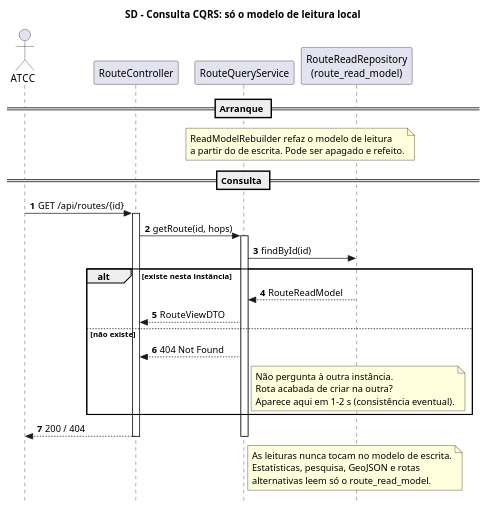
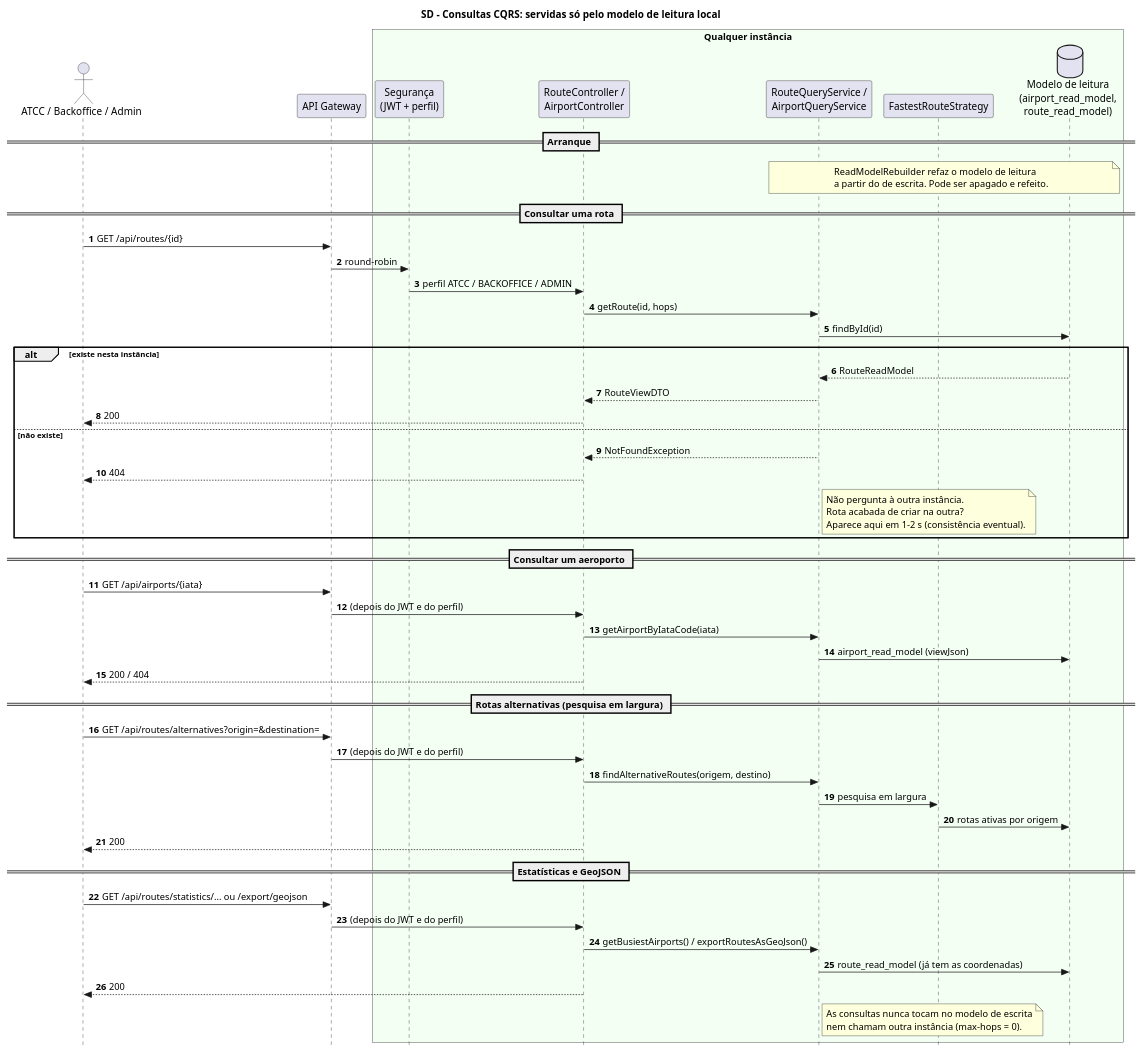
Before and after one commit to anamartasilvaa/SIDIG_AI_Safe: the diagram in Services/Airport e Routes/airports-routes-service/docs/E2/sd-cqrs-query-read-model.puml, drawn with PlantUML. The commit also changed 16 other files, not shown here.

```diff
--- a/Services/Airport e Routes/airports-routes-service/docs/E2/sd-cqrs-query-read-model.puml
+++ b/Services/Airport e Routes/airports-routes-service/docs/E2/sd-cqrs-query-read-model.puml
@@ -1,43 +1,68 @@
 @startuml sd-cqrs-query-read-model
 skinparam style strictuml
 autonumber
-title SD - Consulta CQRS: só o modelo de leitura local
+title SD - Consultas CQRS: servidas só pelo modelo de leitura local
 
-actor "ATCC" as User
-participant "RouteController" as Ctrl
-participant "RouteQueryService" as Query
-participant "RouteReadRepository\n(route_read_model)" as RM
+actor "ATCC / Backoffice / Admin" as User
+participant "API Gateway" as GW
+box "Qualquer instância" #F4FFF4
+participant "Segurança\n(JWT + perfil)" as Sec
+participant "RouteController /\nAirportController" as Ctrl
+participant "RouteQueryService /\nAirportQueryService" as Query
+participant "FastestRouteStrategy" as BFS
+database "Modelo de leitura\n(airport_read_model,\nroute_read_model)" as RM
+end box
 
 == Arranque ==
 note over Query, RM
   ReadModelRebuilder refaz o modelo de leitura
   a partir do de escrita. Pode ser apagado e refeito.
 end note
 
-== Consulta ==
-User -> Ctrl : GET /api/routes/{id}
-activate Ctrl
+== Consultar uma rota ==
+User -> GW : GET /api/routes/{id}
+GW -> Sec : round-robin
+Sec -> Ctrl : perfil ATCC / BACKOFFICE / ADMIN
 Ctrl -> Query : getRoute(id, hops)
-activate Query
 Query -> RM : findById(id)
 alt existe nesta instância
-    RM --> Query : RouteReadModel
-    Query --> Ctrl : RouteViewDTO
+  RM --> Query : RouteReadModel
+  Query --> Ctrl : RouteViewDTO
+  Ctrl --> User : 200
 else não existe
-    Query --> Ctrl : 404 Not Found
-    note right of Query
-      Não pergunta à outra instância.
-      Rota acabada de criar na outra?
-      Aparece aqui em 1-2 s (consistência eventual).
-    end note
+  Query --> Ctrl : NotFoundException
+  Ctrl --> User : 404
+  note right of Query
+    Não pergunta à outra instância.
+    Rota acabada de criar na outra?
+    Aparece aqui em 1-2 s (consistência eventual).
+  end note
 end
+
+== Consultar um aeroporto ==
+User -> GW : GET /api/airports/{iata}
+GW -> Ctrl : (depois do JWT e do perfil)
+Ctrl -> Query : getAirportByIataCode(iata)
+Query -> RM : airport_read_model (viewJson)
 Ctrl --> User : 200 / 404
-deactivate Query
-deactivate Ctrl
+
+== Rotas alternativas (pesquisa em largura) ==
+User -> GW : GET /api/routes/alternatives?origin=&destination=
+GW -> Ctrl : (depois do JWT e do perfil)
+Ctrl -> Query : findAlternativeRoutes(origem, destino)
+Query -> BFS : pesquisa em largura
+BFS -> RM : rotas ativas por origem
+Ctrl --> User : 200
+
+== Estatísticas e GeoJSON ==
+User -> GW : GET /api/routes/statistics/... ou /export/geojson
+GW -> Ctrl : (depois do JWT e do perfil)
+Ctrl -> Query : getBusiestAirports() / exportRoutesAsGeoJson()
+Query -> RM : route_read_model (já tem as coordenadas)
+Ctrl --> User : 200
 
 note right of Query
-  As leituras nunca tocam no modelo de escrita.
-  Estatísticas, pesquisa, GeoJSON e rotas
-  alternativas leem só o route_read_model.
+  As consultas nunca tocam no modelo de escrita
+  nem chamam outra instância (max-hops = 0).
 end note
 @enduml
```
